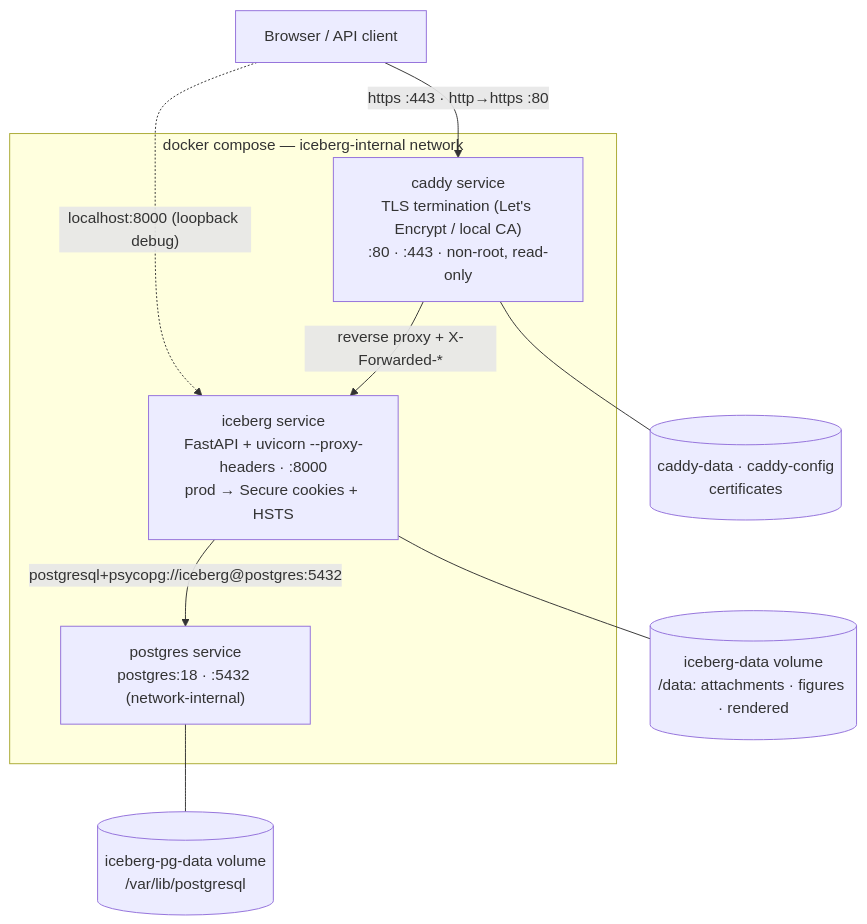
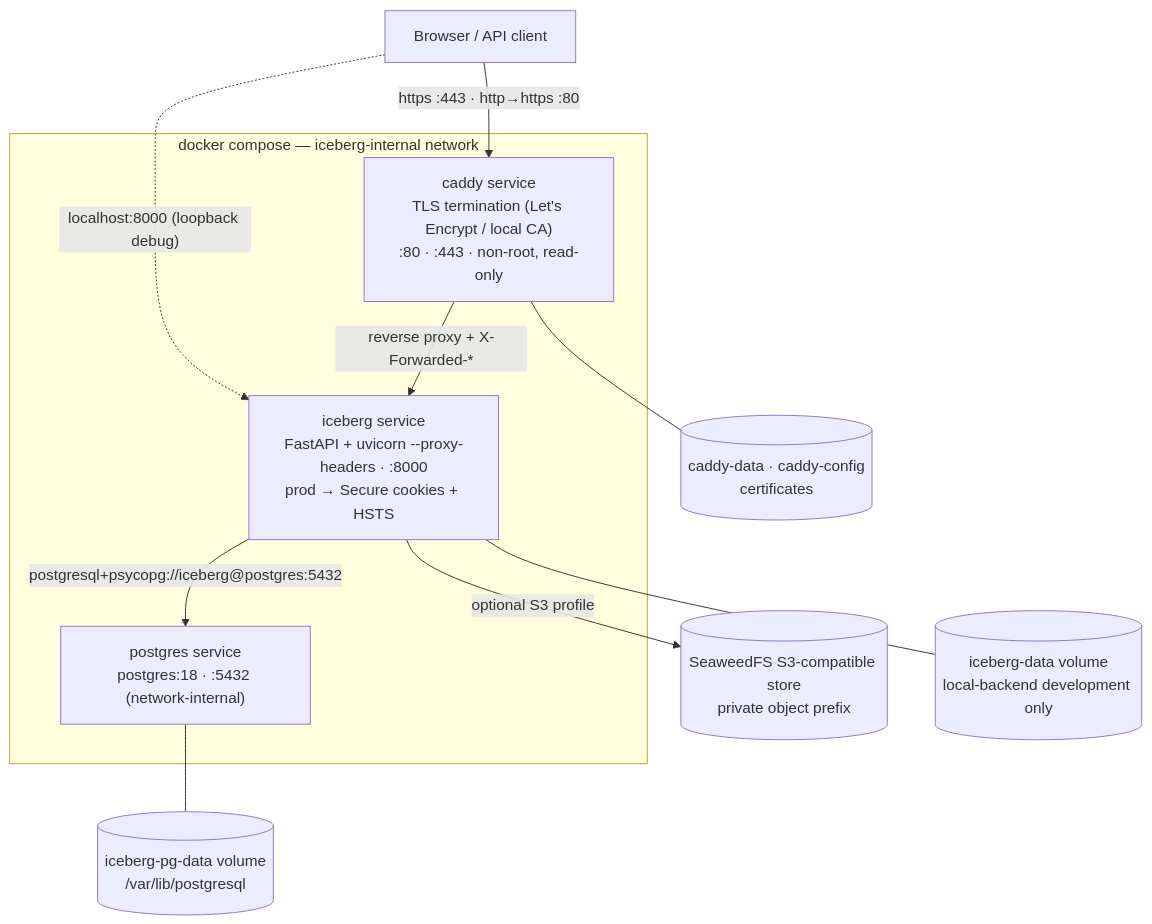
Before and after one commit to IcebergAI/IcebergCTI: the third of 4 diagrams in README.md, drawn with Mermaid. The commit also changed other lines of this file and 58 other files, not shown here.

````diff
--- a/README.md
+++ b/README.md
@@ -706,17 +722,18 @@
 ```mermaid
 flowchart TB
   Client["Browser / API client"] -->|"https :443 · http→https :80"| Caddy
   Client -.->|"localhost:8000 (loopback debug)"| App
 
   subgraph net["docker compose — iceberg-internal network"]
     Caddy["caddy service<br/>TLS termination (Let's Encrypt / local CA)<br/>:80 · :443 · non-root, read-only"]
     App["iceberg service<br/>FastAPI + uvicorn --proxy-headers · :8000<br/>prod → Secure cookies + HSTS"]
     PG["postgres service<br/>postgres:18 · :5432 (network-internal)"]
     Caddy -->|"reverse proxy + X-Forwarded-*"| App
     App -->|"postgresql+psycopg://iceberg@postgres:5432"| PG
   end
 
   Caddy --- CV[("caddy-data · caddy-config<br/>certificates")]
-  App --- V1[("iceberg-data volume<br/>/data: attachments · figures · rendered")]
+  App -->|"optional S3 profile"| S3[("SeaweedFS S3-compatible store<br/>private object prefix")]
+  App --- V1[("iceberg-data volume<br/>local-backend development only")]
   PG --- V2[("iceberg-pg-data volume<br/>/var/lib/postgresql")]
 ```
````
